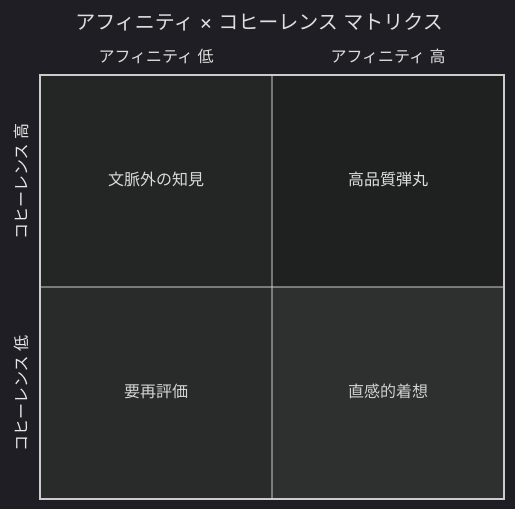
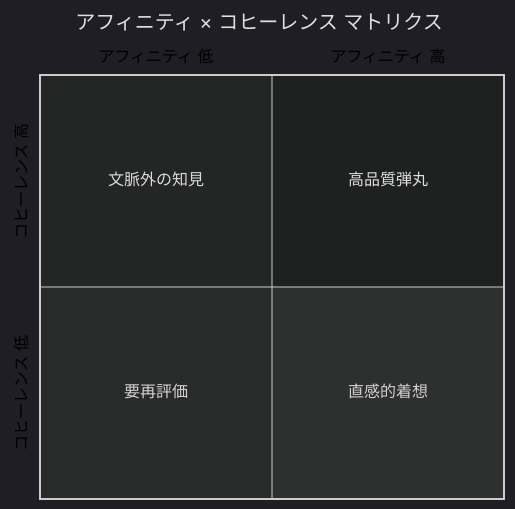
The diagram in 第6章.md (karakuri-ageha/ehar), drawn with Mermaid before and after one commit.

````diff
--- a/第6章.md
+++ b/第6章.md
@@ -21,11 +21,11 @@
 ```mermaid
-%%{init: {'theme': 'dark', 'themeVariables': {'quadrantYAxisTextFill': '#e8e8e8'}}}%%
+%%{init: {'theme': 'dark', 'themeVariables': {'quadrantXAxisTextFill': '#000000', 'quadrantYAxisTextFill': '#000000'}}}%%
 quadrantChart
     title アフィニティ × コヒーレンス マトリクス
     x-axis "アフィニティ 低" --> "アフィニティ 高"
     y-axis "コヒーレンス 低" --> "コヒーレンス 高"
     quadrant-1 "高品質弾丸"
     quadrant-2 "文脈外の知見"
     quadrant-3 "要再評価"
     quadrant-4 "直感的着想"
 ```
````
